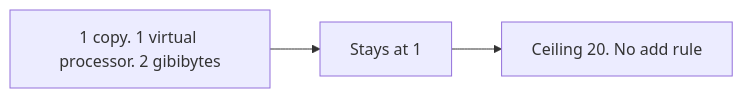
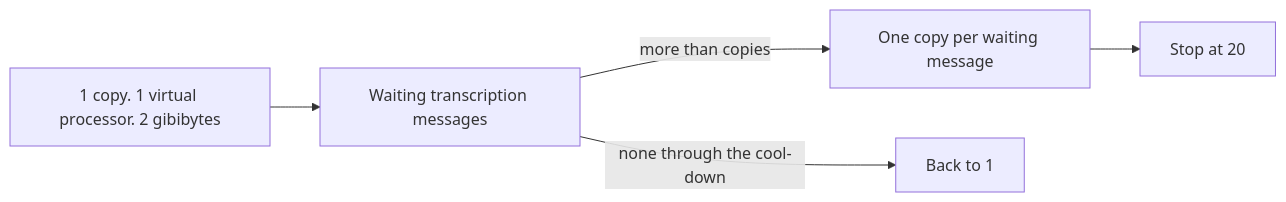
Before and after one commit to highprincezero/wn-voice-analytics: the fifth of 7 diagrams in docs/scaling.md, drawn with Mermaid. The commit also changed other lines of this file and 19 other files, not shown here.

````diff
--- a/docs/scaling.md
+++ b/docs/scaling.md
@@ -85,5 +85,7 @@
 ```mermaid
 flowchart LR
-  one["1 copy. 1 virtual processor. 2 gibibytes"] --> stay[Stays at 1]
-  stay --> cap[Ceiling 20. No add rule]
+  one["1 copy. 1 virtual processor. 2 gibibytes"] --> count["Waiting transcription messages"]
+  count -->|more than copies| add[One copy per waiting message]
+  add --> cap[Stop at 20]
+  count -->|none through the cool-down| down[Back to 1]
 ```
````
